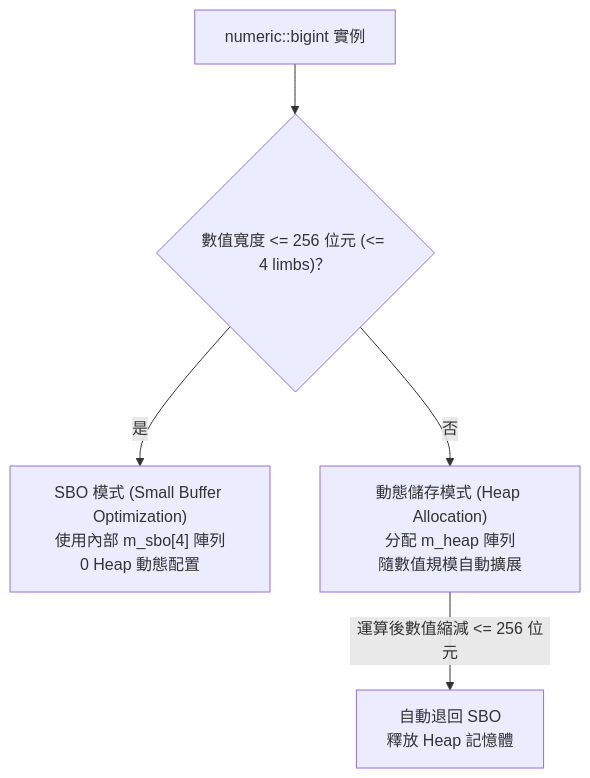
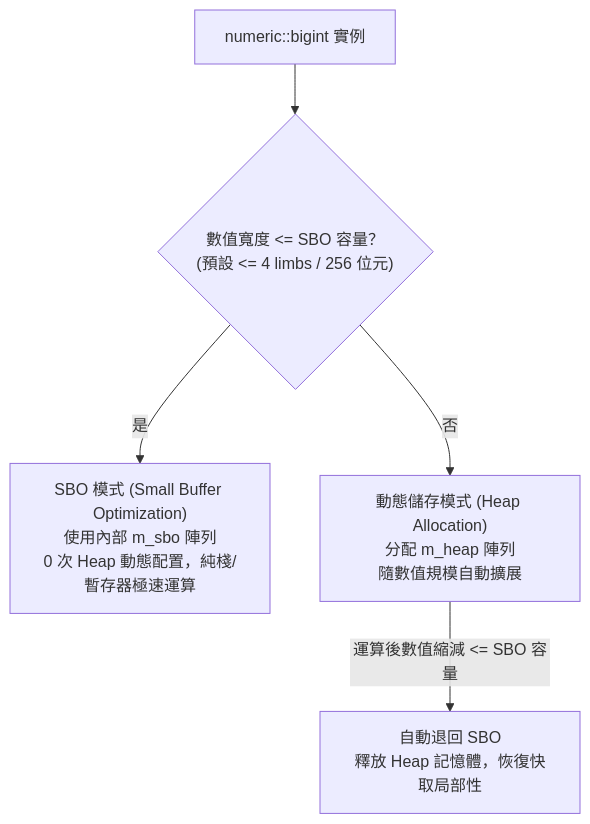
The diagram in docs/bigint/index.md (willy050209/CPP-BigInt), drawn with Mermaid before and after one commit. The commit also changed other lines of this file and 8 other files, not shown here.

````diff
--- a/docs/bigint/index.md
+++ b/docs/bigint/index.md
@@ -40,7 +46,7 @@
 ```mermaid
 flowchart TD
-    A["numeric::bigint 實例"] --> B{"數值寬度 <= 256 位元 (<= 4 limbs)？"}
-    B -- 是 --> C["SBO 模式 (Small Buffer Optimization)<br>使用內部 m_sbo[4] 陣列<br>0 Heap 動態配置"]
+    A["numeric::bigint 實例"] --> B{"數值寬度 <= SBO 容量？<br>(預設 <= 4 limbs / 256 位元)"}
+    B -- 是 --> C["SBO 模式 (Small Buffer Optimization)<br>使用內部 m_sbo 陣列<br>0 次 Heap 動態配置，純棧/暫存器極速運算"]
     B -- 否 --> D["動態儲存模式 (Heap Allocation)<br>分配 m_heap 陣列<br>隨數值規模自動擴展"]
-    D -- 運算後數值縮減 <= 256 位元 --> E["自動退回 SBO<br>釋放 Heap 記憶體"]
+    D -- 運算後數值縮減 <= SBO 容量 --> E["自動退回 SBO<br>釋放 Heap 記憶體，恢復快取局部性"]
 ```
````
